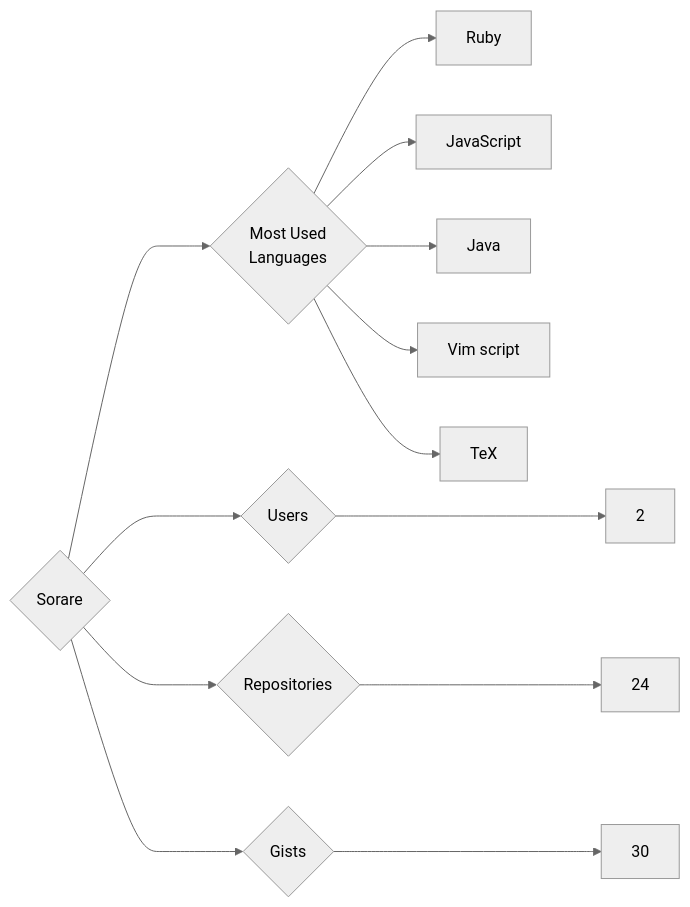
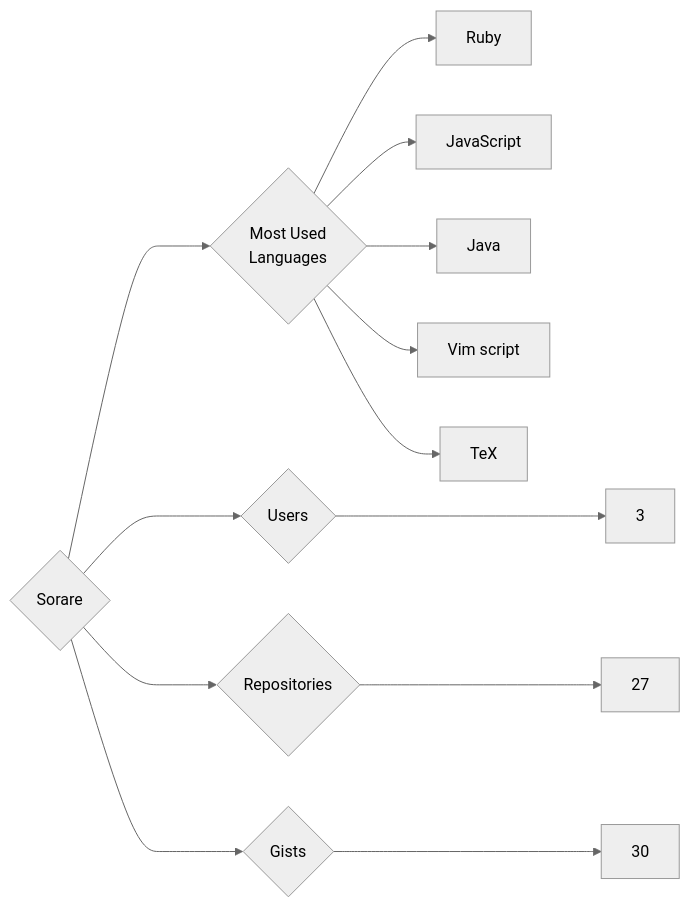
One commit to trickest/insiders changed the diagram in targets/Sorare/README.md. Above: the diagram before and after it, drawn with Mermaid (neutral theme). The commit also changed 953 other files, not shown here.

````diff
--- a/targets/Sorare/README.md
+++ b/targets/Sorare/README.md
@@ -3,13 +3,13 @@
 ```mermaid
 graph LR
 COMPANY_NAME{Sorare}
-COMPANY_NAME ---> U{Users} ---> UN[2]
-COMPANY_NAME ---> R{Repositories} ---> RN[24]
+COMPANY_NAME ---> U{Users} ---> UN[3]
+COMPANY_NAME ---> R{Repositories} ---> RN[27]
 COMPANY_NAME ---> G{Gists} ---> GN[30]
 COMPANY_NAME ---> ML{Most Used<br>Languages}
 ML --> Ruby[Ruby]
 ML --> JavaScript[JavaScript]
 ML --> Java[Java]
 ML --> Vim_script[Vim script]
 ML --> TeX[TeX]
 ```
````
